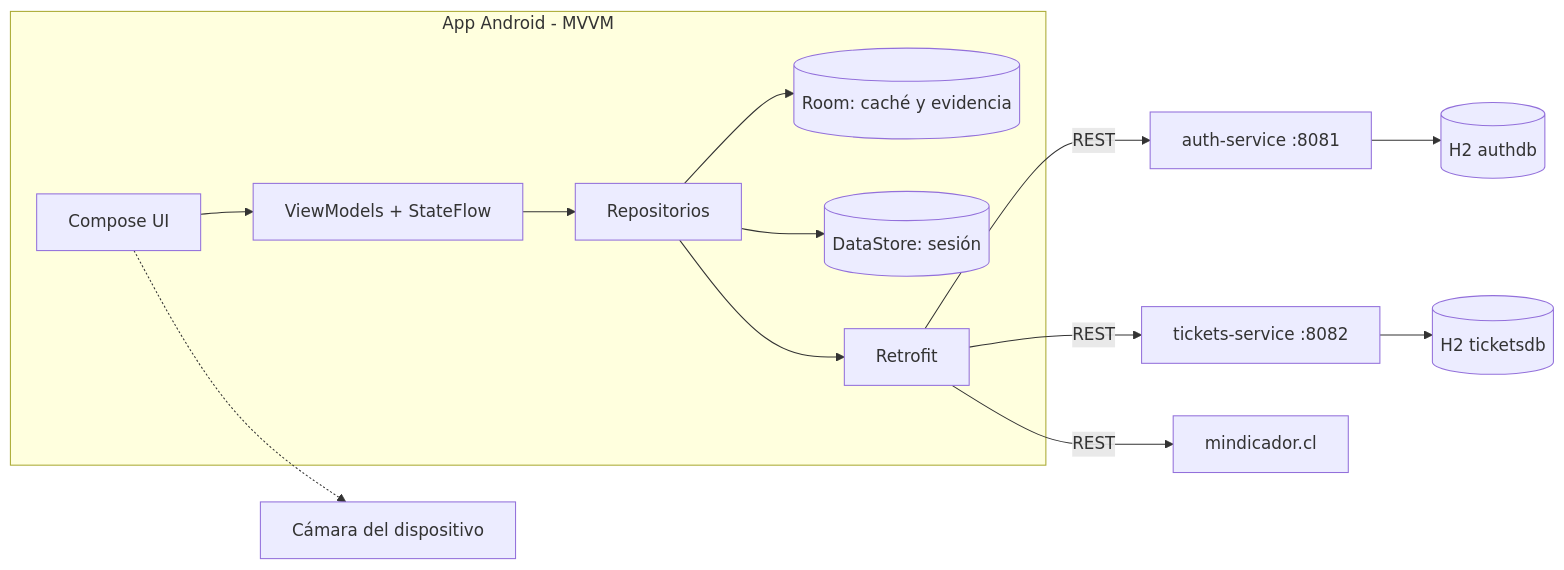
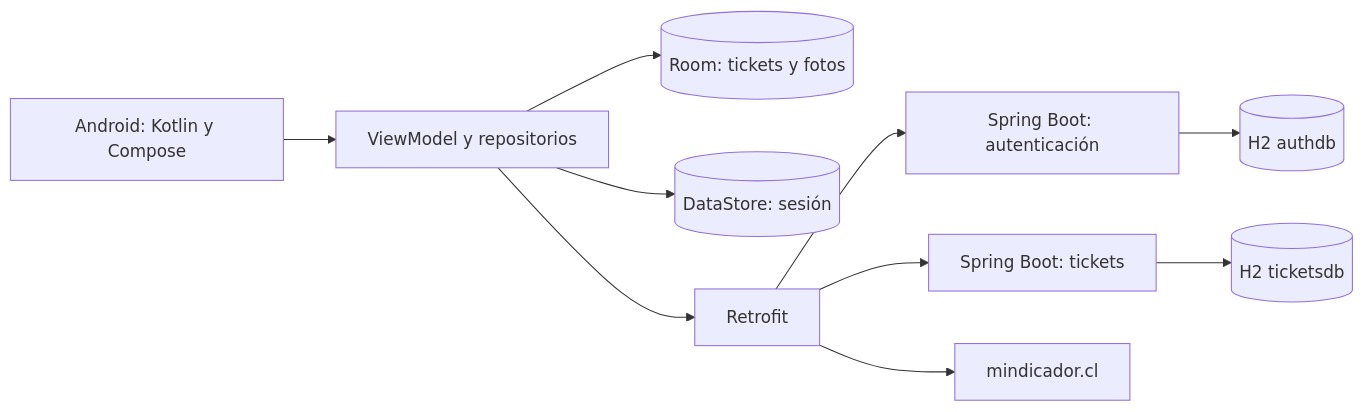
One commit to Thxmvxxn47/panalsuite_Marin_loncopanEV3 changed the second of 2 diagrams in README.md. Above: the diagram before and after it, drawn with Mermaid. The commit also changed other lines of this file, not shown here.

````diff
--- a/README.md
+++ b/README.md
@@ -140,16 +58,12 @@
 ```mermaid
 flowchart LR
-    subgraph App[App Android - MVVM]
-        UI[Compose UI] --> VM[ViewModels + StateFlow]
-        VM --> REPO[Repositorios]
-        REPO --> ROOM[(Room: caché y evidencia)]
-        REPO --> DS[(DataStore: sesión)]
-        REPO --> RT[Retrofit]
-    end
-    RT -->|REST| AUTH[auth-service :8081]
-    RT -->|REST| TKT[tickets-service :8082]
-    RT -->|REST| EXT[mindicador.cl]
+    UI[Android: Kotlin y Compose] --> VM[ViewModel y repositorios]
+    VM --> ROOM[(Room: tickets y fotos)]
+    VM --> DS[(DataStore: sesión)]
+    VM --> RT[Retrofit]
+    RT --> AUTH[Spring Boot: autenticación]
+    RT --> TKT[Spring Boot: tickets]
+    RT --> EXT[mindicador.cl]
     AUTH --> H1[(H2 authdb)]
     TKT --> H2[(H2 ticketsdb)]
-    UI -.-> CAM[Cámara del dispositivo]
 ```
````
